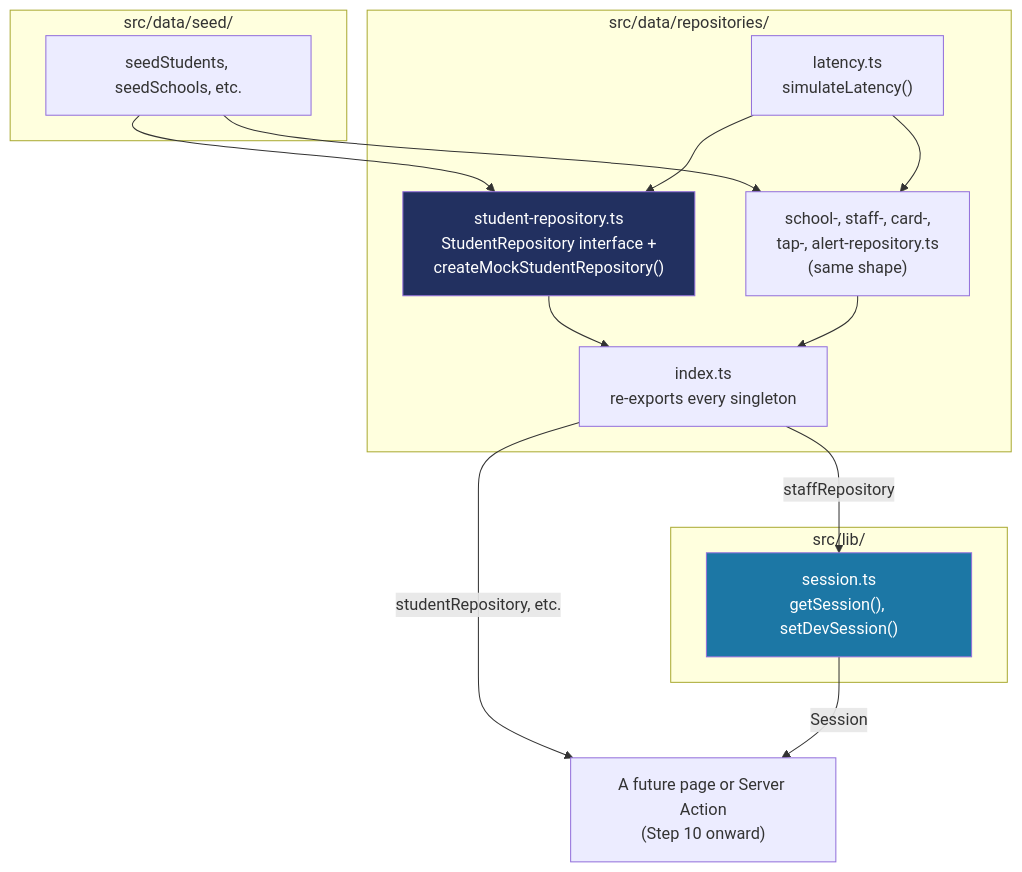
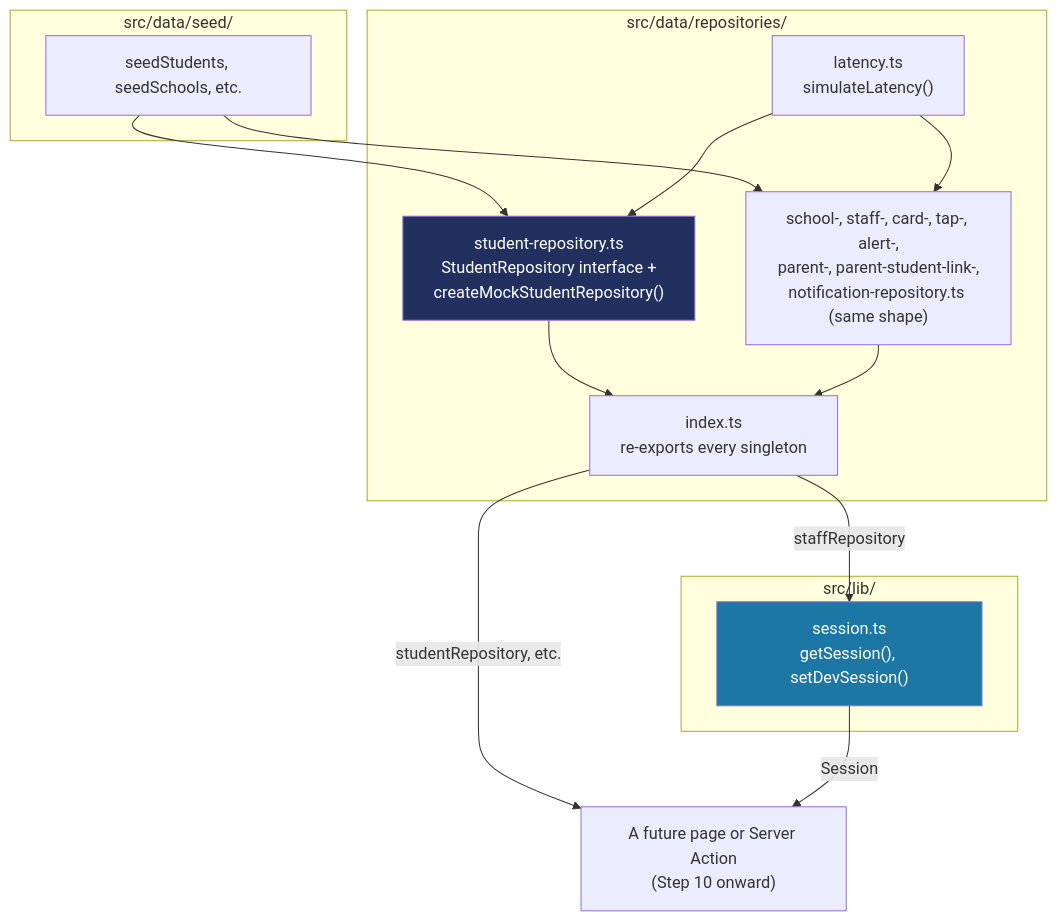
The diagram in docs/DATA-ACCESS.md (psmacabulos/talaan), drawn with Mermaid before and after one commit. The commit also changed other lines of this file and 20 other files, not shown here.

Commit message:
feat(data): add parent and notification domain

````diff
--- a/docs/DATA-ACCESS.md
+++ b/docs/DATA-ACCESS.md
@@ -9,32 +9,32 @@
 ```mermaid
 flowchart TB
     subgraph seed["src/data/seed/"]
         SeedData["seedStudents, seedSchools, etc."]
     end
 
     subgraph repos["src/data/repositories/"]
         Latency["latency.ts<br/>simulateLatency()"]
         StudentRepo["student-repository.ts<br/>StudentRepository interface +<br/>createMockStudentRepository()"]
-        OtherRepos["school-, staff-, card-,<br/>tap-, alert-repository.ts<br/>(same shape)"]
+        OtherRepos["school-, staff-, card-, tap-, alert-,<br/>parent-, parent-student-link-,<br/>notification-repository.ts (same shape)"]
         Index["index.ts<br/>re-exports every singleton"]
     end
 
     subgraph lib["src/lib/"]
         Session["session.ts<br/>getSession(), setDevSession()"]
     end
 
     Future["A future page or Server Action<br/>(Step 10 onward)"]
 
     SeedData --> StudentRepo
     SeedData --> OtherRepos
     Latency --> StudentRepo
     Latency --> OtherRepos
     StudentRepo --> Index
     OtherRepos --> Index
     Index -->|staffRepository| Session
     Index -->|studentRepository, etc.| Future
     Session -->|Session| Future
 
     style StudentRepo fill:#223060,color:#fff
     style Session fill:#1C77A5,color:#fff
 ```
````
